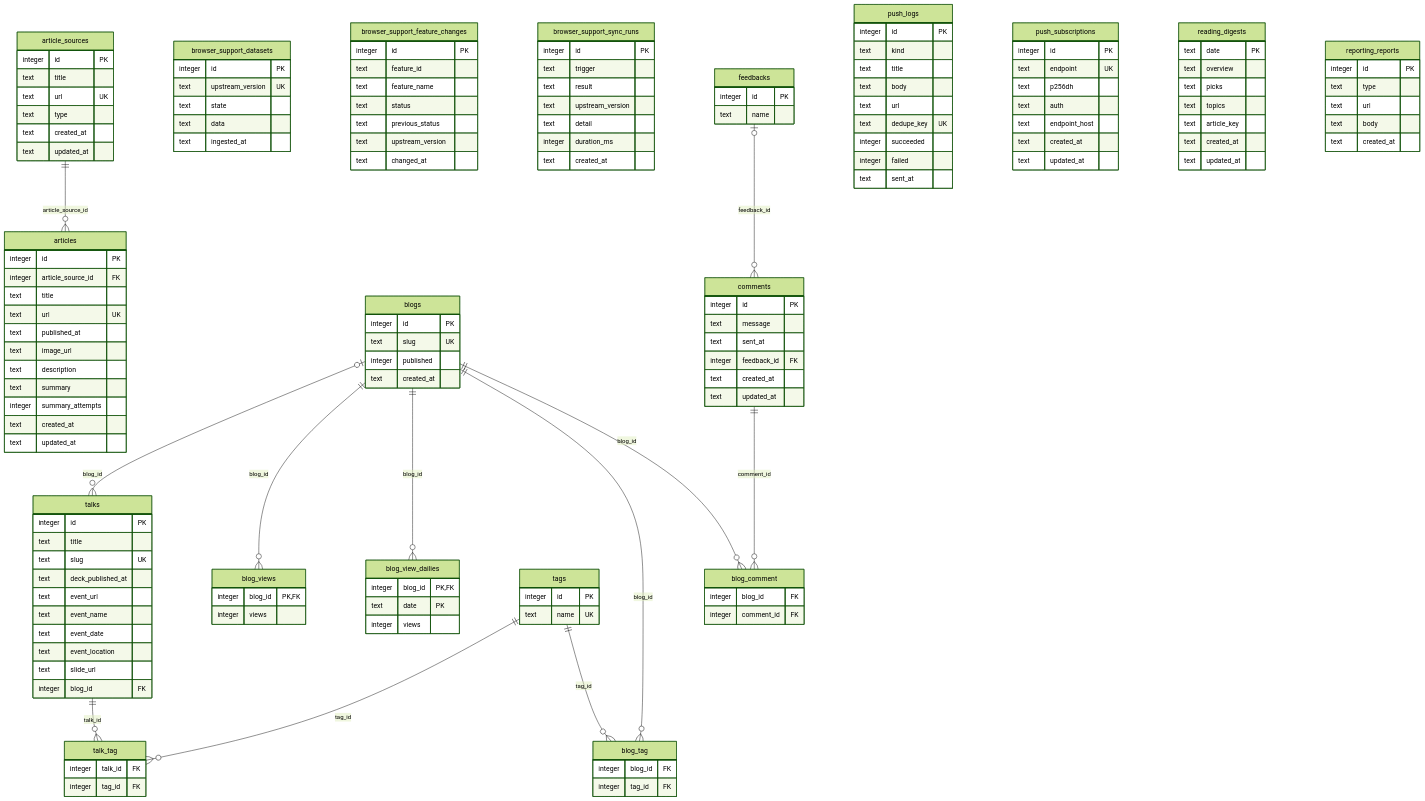
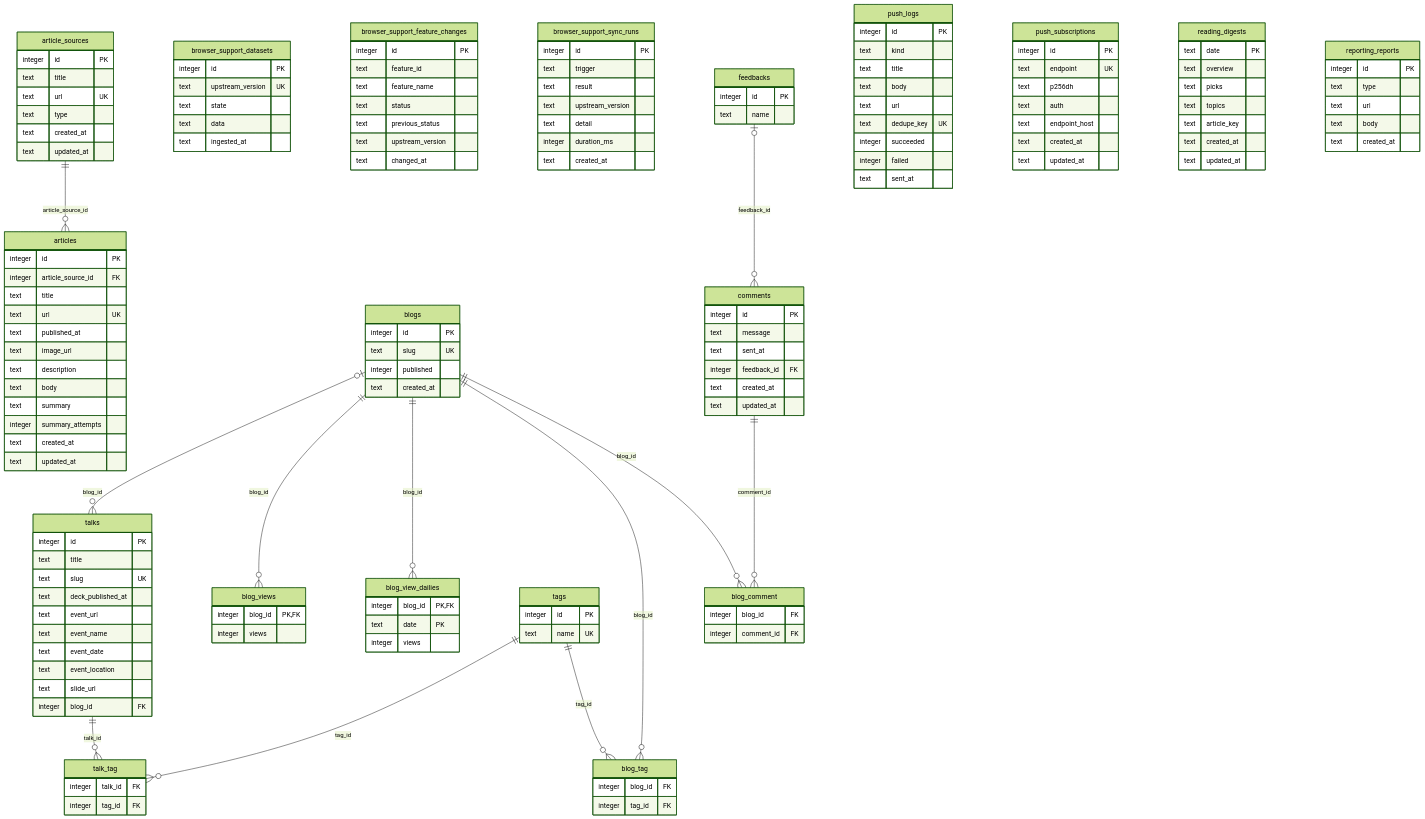
One commit to k35o/k8o changed the diagram in packages/database/README.md. Above: the diagram before and after it, drawn with Mermaid (forest theme). The commit also changed 16 other files, not shown here.

```diff
--- a/packages/database/README.md
+++ b/packages/database/README.md
@@ -74,6 +74,7 @@
     text published_at
     text image_url
     text description
+    text body
     text summary
     integer summary_attempts
     text created_at
```
